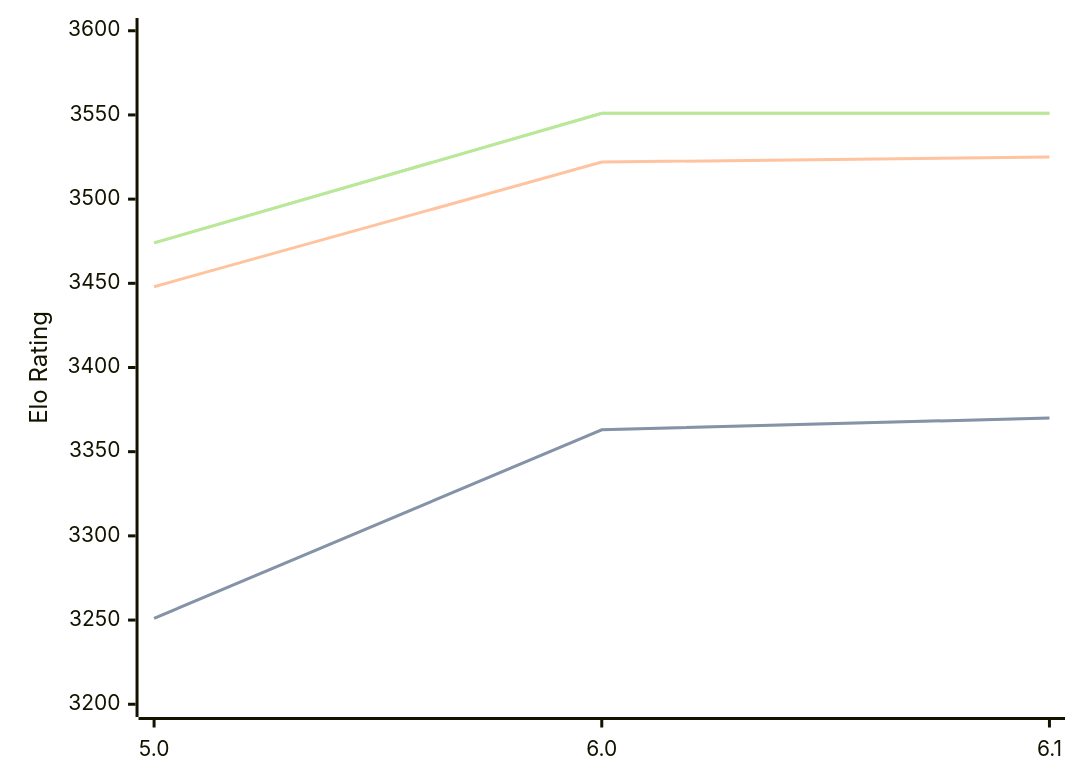
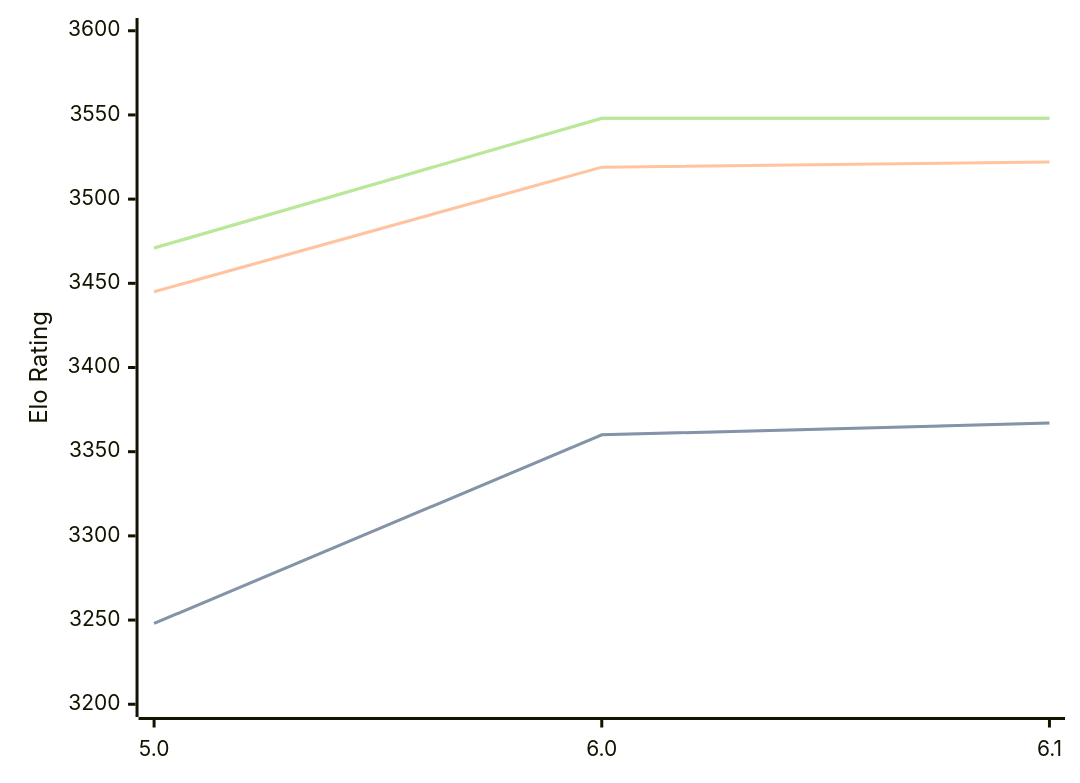
One commit to computer-chess-index/cci changed the diagram in engines/Starzix.md. Above: the diagram before and after it, drawn with Mermaid. The commit also changed other lines of this file, not shown here.

Commit message:
Update CCI Ratings (ELO VLTC) - 2026-03-10

````diff
--- a/engines/Starzix.md
+++ b/engines/Starzix.md
@@ -35,11 +35,11 @@
 ```mermaid
 %%{init: {"theme":"base","themeVariables":{"seriesColors:['#a3a3a3','#222221','#faa371']}}}%%
 xychart-beta
   x-axis ["5.0", "6.0", "6.1"]
   y-axis "Elo Rating" 3200 --> 3600
-  line "STC (8.0+0.08s)" [3251, 3363, 3370]
-  line "STC (8.0+0.08s)" [3251, 3363, 3370]
-  line "LTC (60.0+0.60s)" [3448, 3522, 3525]
-  line "VLTC (2m24s+1.12s)" [3474, 3551, 3551]
-  line "VLTC (2m24s+1.12s)" [3474, 3551, 3551]
+  line "STC (8.0+0.08s)" [3248, 3360, 3367]
+  line "STC (8.0+0.08s)" [3248, 3360, 3367]
+  line "LTC (60.0+0.60s)" [3445, 3519, 3522]
+  line "VLTC (2m24s+1.12s)" [3471, 3548, 3548]
+  line "VLTC (2m24s+1.12s)" [3471, 3548, 3548]
 ```
````
